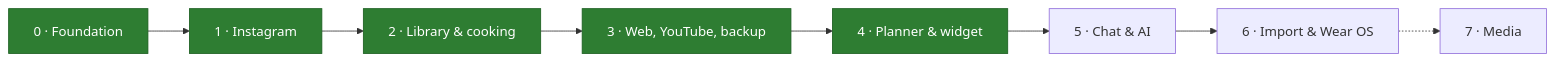
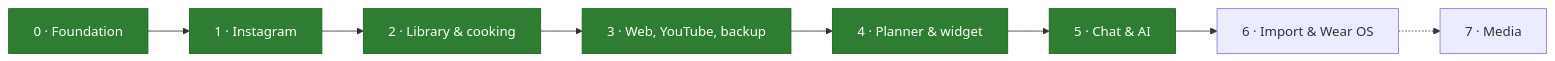
One commit to inthevortex/recipe-catcher changed the fifth of 5 diagrams in README.md. Above: the diagram before and after it, drawn with Mermaid. The commit also changed other lines of this file, not shown here.

Commit message:
docs: update README for AI chat, web recipe search, and meal plan suggestions

````diff
--- a/README.md
+++ b/README.md
@@ -458,6 +474,6 @@
 ```mermaid
 flowchart LR
-  W0[0 · Foundation]:::done --> W1[1 · Instagram]:::done --> W2[2 · Library & cooking]:::done --> W3[3 · Web, YouTube, backup]:::done --> W4[4 · Planner & widget]:::done --> W5[5 · Chat & AI] --> W6[6 · Import & Wear OS] -.-> W7[7 · Media]
+  W0["0 · Foundation"]:::done --> W1["1 · Instagram"]:::done --> W2["2 · Library & cooking"]:::done --> W3["3 · Web, YouTube, backup"]:::done --> W4["4 · Planner & widget"]:::done --> W5["5 · Chat & AI"]:::done --> W6["6 · Import & Wear OS"] -.-> W7["7 · Media"]
   classDef done fill:#2e7d32,color:#fff,stroke:#1b5e20
   classDef wip fill:#f9a825,color:#000,stroke:#f57f17
 ```
````
